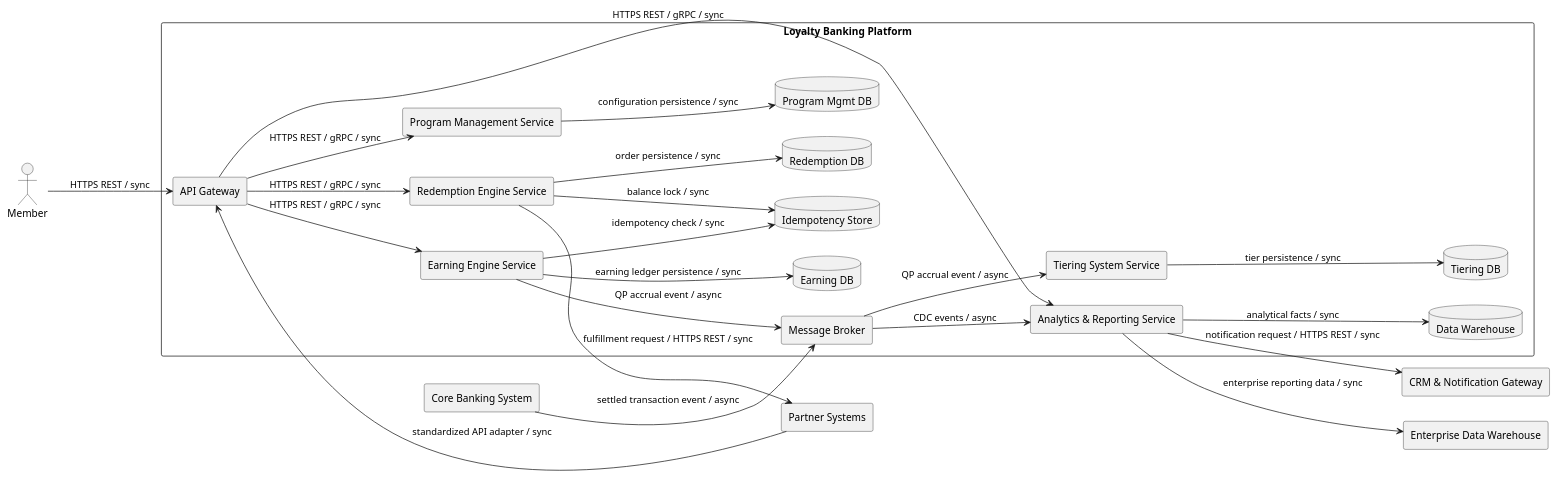
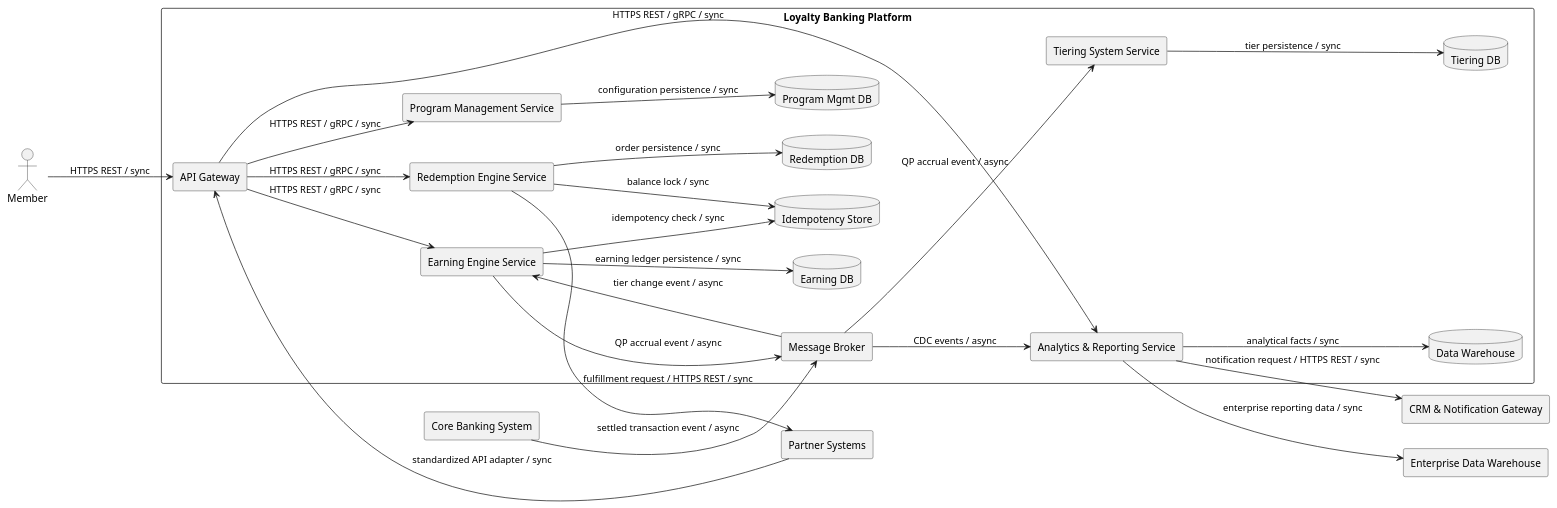
One commit to quangvtuet/loyalty_system_docs changed the second of 3 diagrams in lab-09-c4-after.md. Above: the diagram before and after it, drawn with PlantUML. The commit also changed 107 other files, not shown here.

````diff
--- a/lab-09-c4-after.md
+++ b/lab-09-c4-after.md
@@ -68,47 +68,48 @@
 ```plantuml
 @startuml
 left to right direction
 actor "Member" as Member
 rectangle "Core Banking System" as Core
 rectangle "Partner Systems" as Partners
 rectangle "CRM & Notification Gateway" as CRM
 rectangle "Enterprise Data Warehouse" as EDW
 
 rectangle "Loyalty Banking Platform" {
   rectangle "API Gateway" as Gateway
   rectangle "Message Broker" as Broker
   rectangle "Earning Engine Service" as Earning
   rectangle "Tiering System Service" as Tiering
   rectangle "Redemption Engine Service" as Redemption
   rectangle "Program Management Service" as Program
   rectangle "Analytics & Reporting Service" as Analytics
   database "Idempotency Store" as Idempotency
   database "Earning DB" as EarningDB
   database "Tiering DB" as TieringDB
   database "Redemption DB" as RedemptionDB
   database "Program Mgmt DB" as ProgramDB
   database "Data Warehouse" as Warehouse
 }
 
 Member --> Gateway : HTTPS REST / sync
 Partners --> Gateway : standardized API adapter / sync
 Core --> Broker : settled transaction event / async
 Gateway --> Earning : HTTPS REST / gRPC / sync
 Gateway --> Redemption : HTTPS REST / gRPC / sync
 Gateway --> Program : HTTPS REST / gRPC / sync
 Gateway --> Analytics : HTTPS REST / gRPC / sync
 Earning --> Broker : QP accrual event / async
 Broker --> Tiering : QP accrual event / async
+Broker --> Earning : tier change event / async
 Broker --> Analytics : CDC events / async
 Earning --> Idempotency : idempotency check / sync
 Redemption --> Idempotency : balance lock / sync
 Earning --> EarningDB : earning ledger persistence / sync
 Tiering --> TieringDB : tier persistence / sync
 Redemption --> RedemptionDB : order persistence / sync
 Program --> ProgramDB : configuration persistence / sync
 Analytics --> Warehouse : analytical facts / sync
 Redemption --> Partners : fulfillment request / HTTPS REST / sync
 Analytics --> EDW : enterprise reporting data / sync
 Analytics --> CRM : notification request / HTTPS REST / sync
 @enduml
 ```
````
